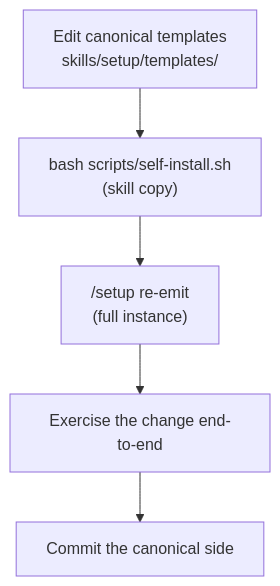
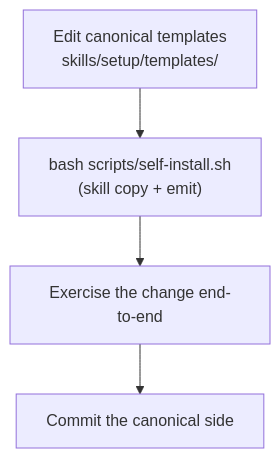
One commit to kdcllc/skills changed the diagram in docs/guide/contributing.md. Above: the diagram before and after it, drawn with Mermaid. The commit also changed other lines of this file and 59 other files, not shown here.

First line of the commit message:
Feat/token efficiency roadmap (#5)

````diff
--- a/docs/guide/contributing.md
+++ b/docs/guide/contributing.md
@@ -31,13 +31,11 @@
 ```mermaid
 flowchart TD
     Edit["Edit canonical templates\nskills/setup/templates/"]
-    SelfInstall["bash scripts/self-install.sh\n(skill copy)"]
-    Setup["/setup re-emit\n(full instance)"]
+    SelfInstall["bash scripts/self-install.sh\n(skill copy + emit)"]
     Exercise["Exercise the change end-to-end"]
     Commit["Commit the canonical side"]
 
     Edit --> SelfInstall
-    SelfInstall --> Setup
-    Setup --> Exercise
+    SelfInstall --> Exercise
     Exercise --> Commit
 ```
````
